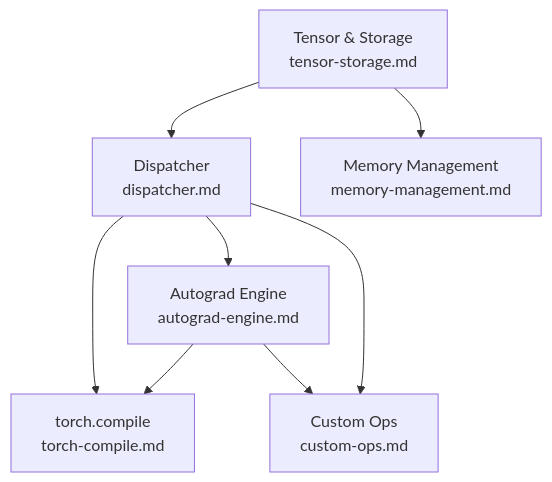
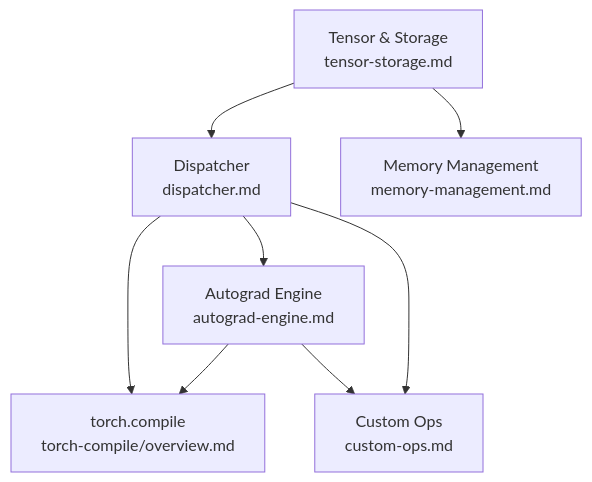
Before and after one commit to calwoo/research-notes: the diagram in concepts/pytorch-internals/overview.md, drawn with Mermaid. The commit also changed other lines of this file and 1 other file, not shown here.

First line of the commit message:
feat: add torch.compile full-stack survey note

````diff
--- a/concepts/pytorch-internals/overview.md
+++ b/concepts/pytorch-internals/overview.md
@@ -85,17 +89,17 @@
 ```mermaid
 flowchart TD
     TS["Tensor & Storage<br/>tensor-storage.md"]
     D["Dispatcher<br/>dispatcher.md"]
     AE["Autograd Engine<br/>autograd-engine.md"]
-    TC["torch.compile<br/>torch-compile.md"]
+    TC["torch.compile<br/>torch-compile/overview.md"]
     MM["Memory Management<br/>memory-management.md"]
     CO["Custom Ops<br/>custom-ops.md"]
 
     TS --> D
     D --> AE
     D --> CO
     AE --> TC
     D --> TC
     TS --> MM
     AE --> CO
 ```
````
